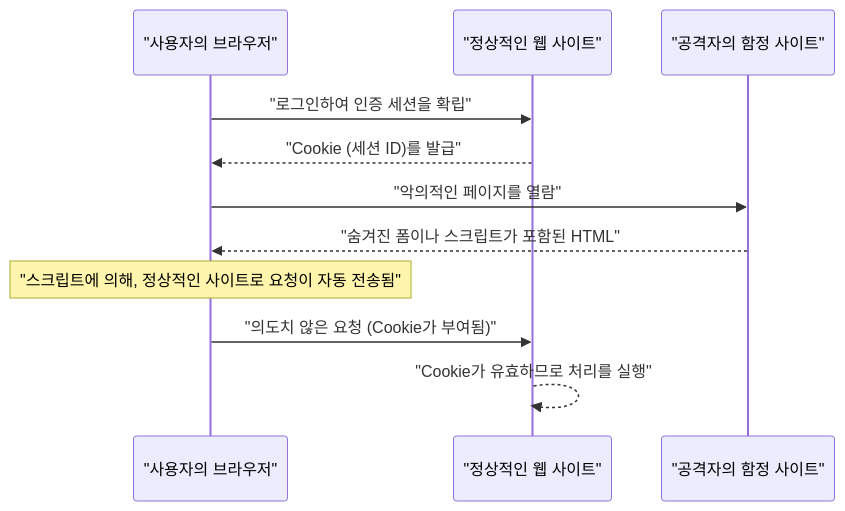
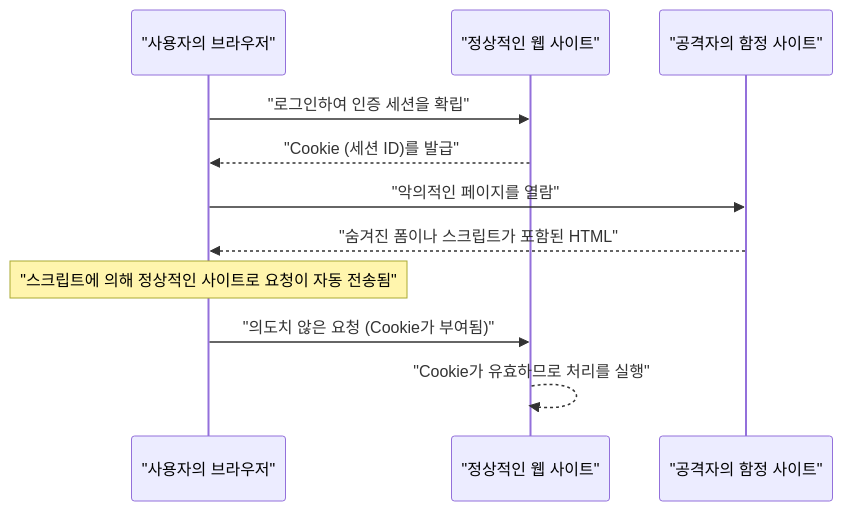
The second of 2 diagrams in content/post/web-application-vulnerability-owasp-top-10/index.ko.md (kenjinote/blog), drawn with Mermaid before and after one commit. The commit also changed other lines of this file and 12 other files, not shown here.

````diff
--- a/content/post/web-application-vulnerability-owasp-top-10/index.ko.md
+++ b/content/post/web-application-vulnerability-owasp-top-10/index.ko.md
@@ -232,16 +232,16 @@
 ```mermaid
 sequenceDiagram
     participant "사용자의 브라우저"
     participant "정상적인 웹 사이트"
     participant "공격자의 함정 사이트"
 
     "사용자의 브라우저"->>"정상적인 웹 사이트": "로그인하여 인증 세션을 확립"
     "정상적인 웹 사이트"-->>"사용자의 브라우저": "Cookie (세션 ID)를 발급"
     
     "사용자의 브라우저"->>"공격자의 함정 사이트": "악의적인 페이지를 열람"
     "공격자의 함정 사이트"-->>"사용자의 브라우저": "숨겨진 폼이나 스크립트가 포함된 HTML"
     
-    Note over "사용자의 브라우저": "스크립트에 의해, 정상적인 사이트로 요청이 자동 전송됨"
+    Note over "사용자의 브라우저": "스크립트에 의해 정상적인 사이트로 요청이 자동 전송됨"
     "사용자의 브라우저"->>"정상적인 웹 사이트": "의도치 않은 요청 (Cookie가 부여됨)"
     "정상적인 웹 사이트"-->>"정상적인 웹 사이트": "Cookie가 유효하므로 처리를 실행"
 ```
````
